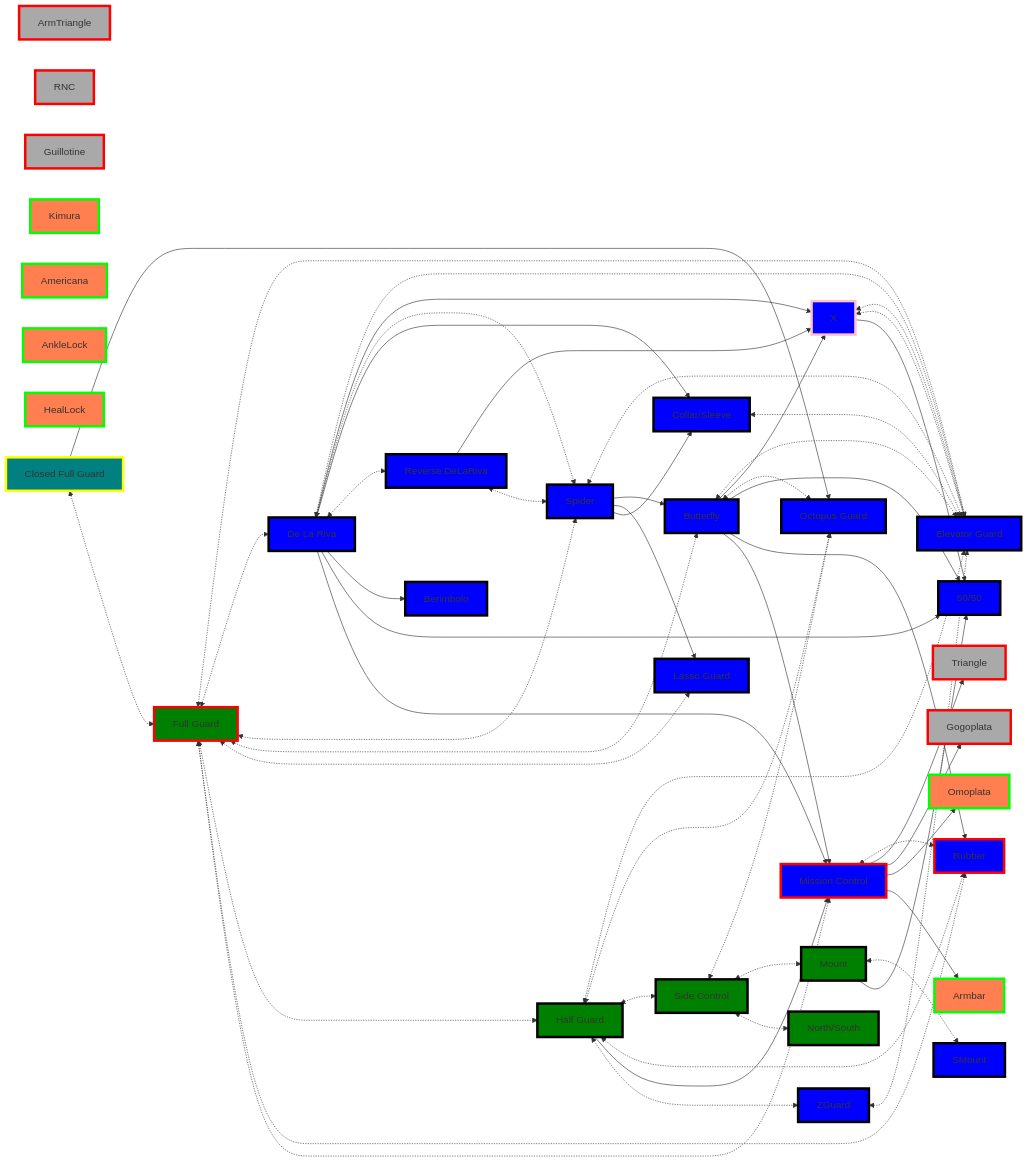
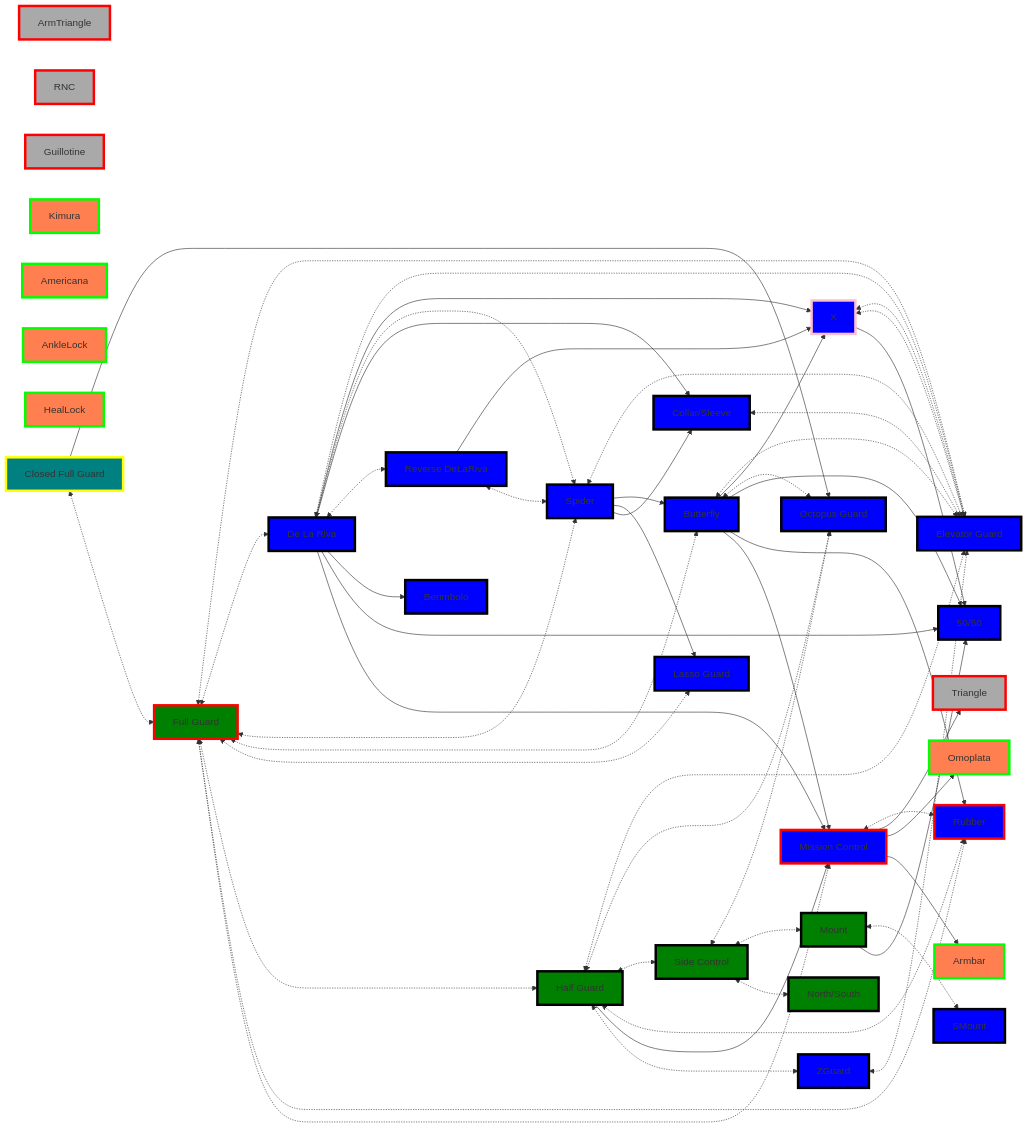
One commit to jacgit18/DevHiveMind changed the second of 4 diagrams in _Fitness/BJJ Priority Flows.md. Above: the diagram before and after it, drawn with Mermaid.

Commit message:
M "_Fitness/BJJ Priority Flows.md"

```diff
--- a/_Fitness/BJJ Priority Flows.md
+++ b/_Fitness/BJJ Priority Flows.md
@@ -263,7 +263,7 @@
 	ElevatorGuard[Elevator Guard]
 
 	1[Triangle]
-	2[Gogoplata]
+
 	3[Omoplata]
 	4[Armbar]
 	5[ArmTriangle]
@@ -333,7 +333,7 @@
 	I <-.-> K
 	R <-.-> Q 
 	R --> 1
-	R --> 2
+
 	R --> 3 
 	R --> 4 
 
@@ -382,7 +382,6 @@
 
 style 1 fill:darkgray,stroke:red,stroke-width:4px,shadow:shadow
 
-style 2 fill:darkgray,stroke:red,stroke-width:4px,shadow:shadow
 
 style 3 fill:coral,stroke:lime,stroke-width:4px,shadow:shadow
 
```
